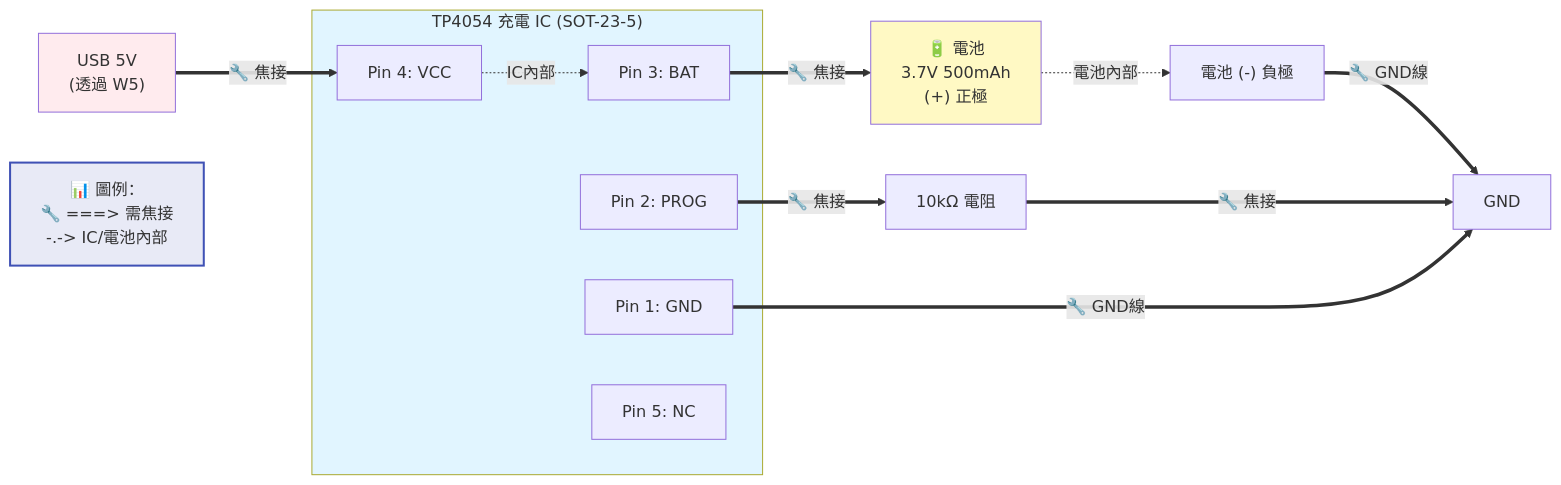
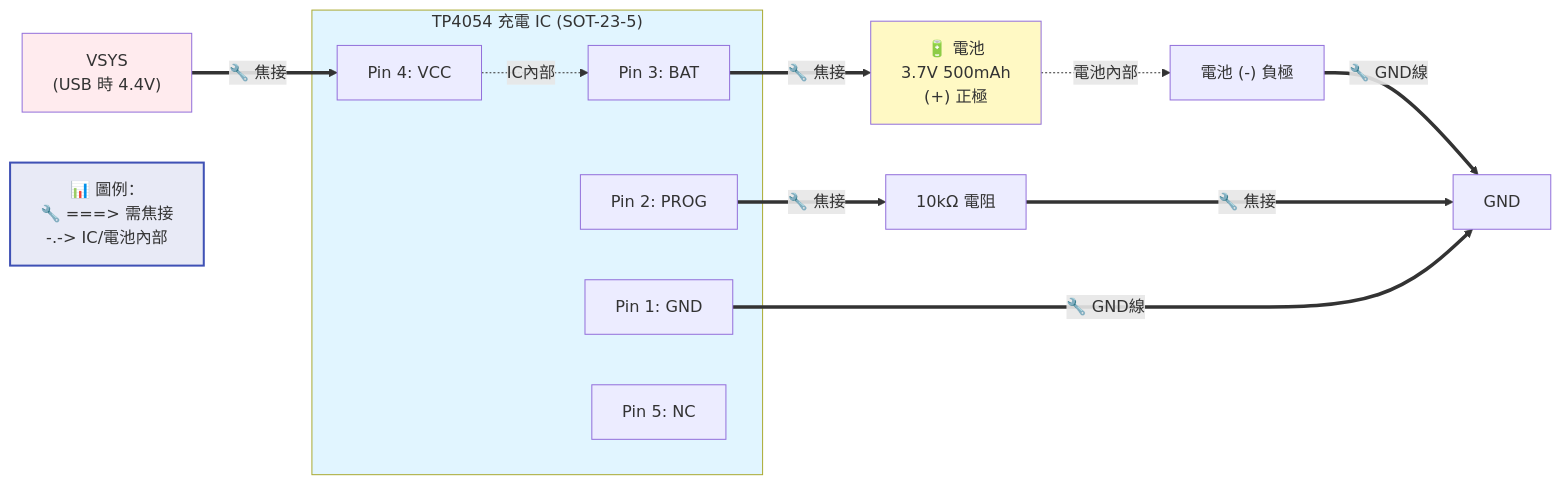
One commit to DanielYJHsieh/esp32c3 changed the third of 6 diagrams in battery_management/hardware/WIRING_DIAGRAM.md. Above: the diagram before and after it, drawn with Mermaid. The commit also changed other lines of this file and 4 other files, not shown here.

````diff
--- a/battery_management/hardware/WIRING_DIAGRAM.md
+++ b/battery_management/hardware/WIRING_DIAGRAM.md
@@ -306,26 +308,26 @@
 ```mermaid
 graph LR
     subgraph TP4054["TP4054 充電 IC (SOT-23-5)"]
         PIN1["Pin 1: GND"]
         PIN2["Pin 2: PROG"]
         PIN3["Pin 3: BAT"]
         PIN4["Pin 4: VCC"]
         PIN5["Pin 5: NC"]
     end
     
-    USB["USB 5V<br/>(透過 W5)"] ==>|"🔧 焦接"| PIN4
+    USB["VSYS<br/>(USB 時 4.4V)"] ==>|"🔧 焦接"| PIN4
     PIN4 -.->|IC內部| PIN3
     PIN3 ==>|"🔧 焦接"| BAT["🔋 電池<br/>3.7V 500mAh<br/>(+) 正極"]
     BAT -.->|電池內部| BAT_NEG["電池 (-) 負極"]
     BAT_NEG ==>|"🔧 GND線"| GND1["GND"]
     PIN2 ==>|"🔧 焦接"| R_PROG["10kΩ 電阻"]
     R_PROG ==>|"🔧 焦接"| GND1
     PIN1 ==>|"🔧 GND線"| GND1
     
     LEGEND["📊 圖例：<br/>🔧 ===> 需焦接<br/>-.-> IC/電池內部"]:::legendStyle
     
     classDef legendStyle fill:#e8eaf6,stroke:#3f51b5,stroke-width:2px
     style TP4054 fill:#e1f5ff
     style BAT fill:#fff9c4
     style USB fill:#ffebee
 ```
````
